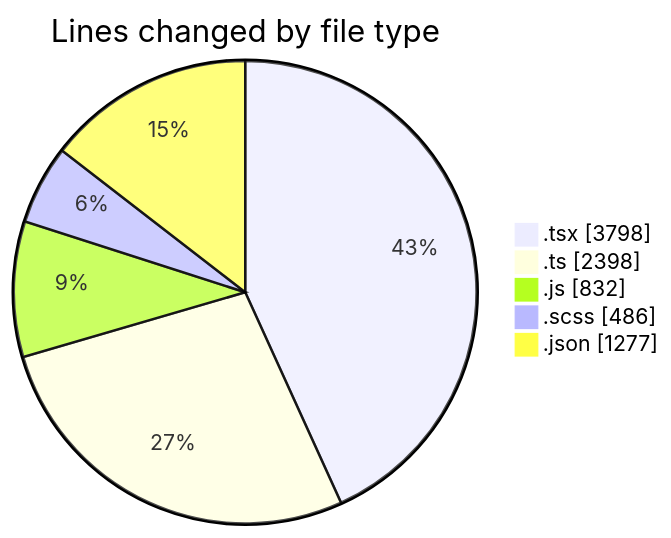
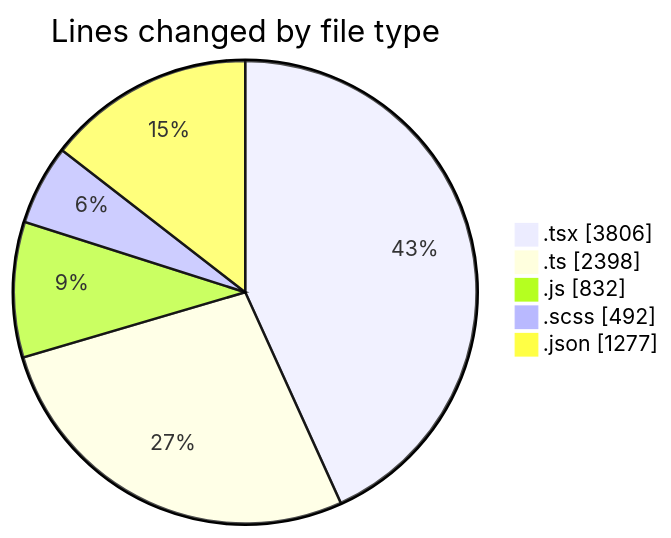
One commit to momahboobian/code-tracking changed the first of 2 diagrams in 2026-06-15/cda/README.md. Above: the diagram before and after it, drawn with Mermaid. The commit also changed other lines of this file and 1 other file, not shown here.

````diff
--- a/2026-06-15/cda/README.md
+++ b/2026-06-15/cda/README.md
@@ -69,9 +69,9 @@
 ```mermaid
 pie showData
 title Lines changed by file type
-".tsx" : 3798
+".tsx" : 3806
 ".ts" : 2398
 ".js" : 832
-".scss" : 486
+".scss" : 492
 ".json" : 1277
 ```
````
